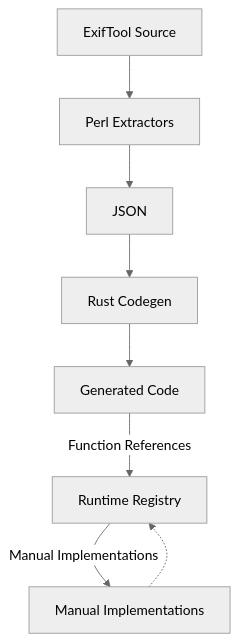
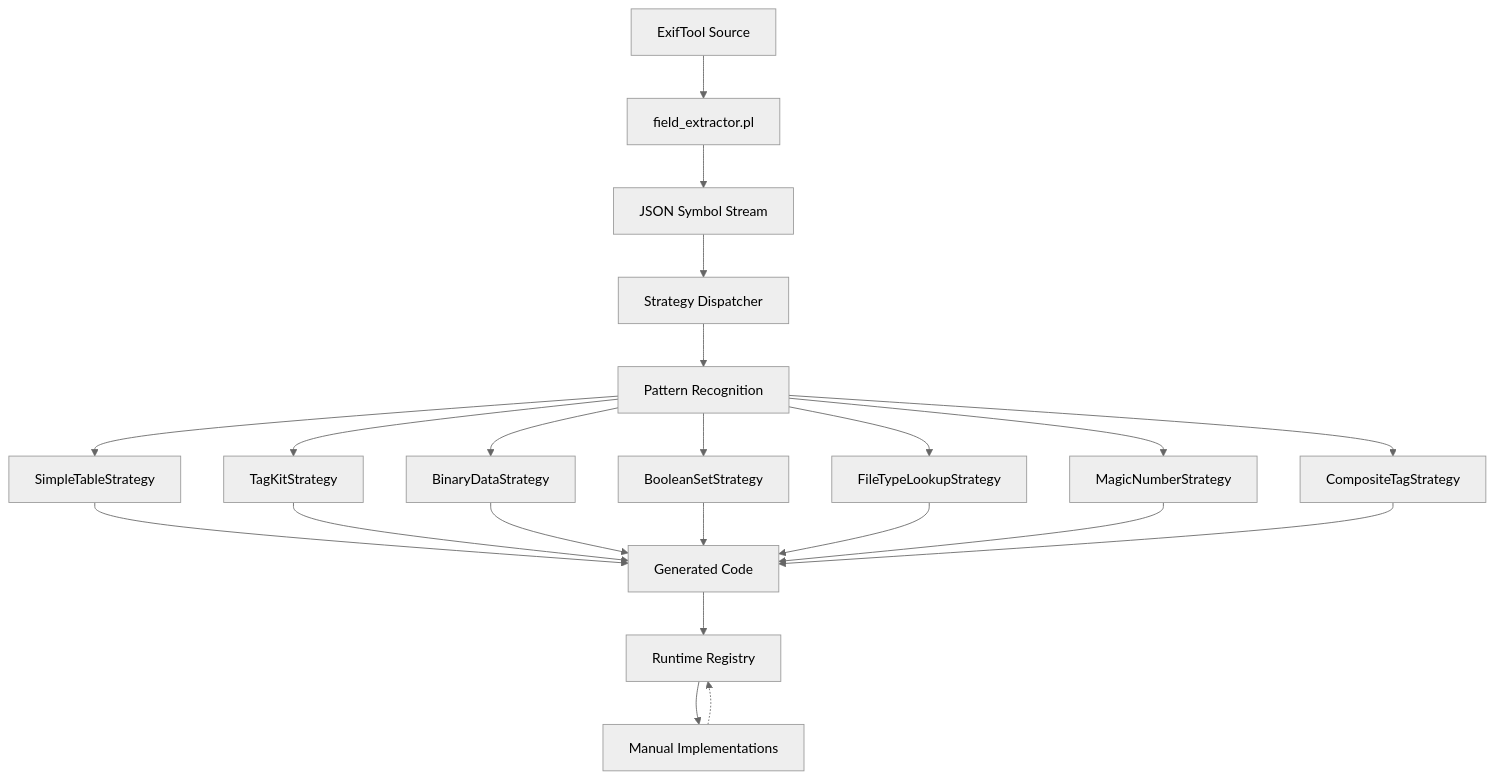
Before and after one commit to photostructure/exif-oxide: the diagram in docs/CODEGEN.md, drawn with Mermaid (neutral theme). The commit also changed other lines of this file and 1 other file, not shown here.

````diff
--- a/docs/CODEGEN.md
+++ b/docs/CODEGEN.md
@@ -31,10 +48,24 @@
 ```mermaid
-flowchart
-    A[ExifTool Source] --> B[Perl Extractors]
-    B --> C[JSON]
-    C --> D[Rust Codegen]
-    D --> E[Generated Code]
-    E -->|Function References| F[Runtime Registry]
-    F -->|Manual Implementations| G[Manual Implementations]
-    G -.-> F
+flowchart TB
+    A[ExifTool Source] --> B[field_extractor.pl]
+    B --> C[JSON Symbol Stream]
+    C --> D[Strategy Dispatcher]
+    D --> E[Pattern Recognition]
+    E --> F1[SimpleTableStrategy]
+    E --> F2[TagKitStrategy] 
+    E --> F3[BinaryDataStrategy]
+    E --> F4[BooleanSetStrategy]
+    E --> F5[FileTypeLookupStrategy]
+    E --> F6[MagicNumberStrategy]
+    E --> F7[CompositeTagStrategy]
+    F1 --> G[Generated Code]
+    F2 --> G
+    F3 --> G
+    F4 --> G
+    F5 --> G
+    F6 --> G
+    F7 --> G
+    G --> H[Runtime Registry]
+    H --> I[Manual Implementations]
+    I -.-> H
 ```
````
